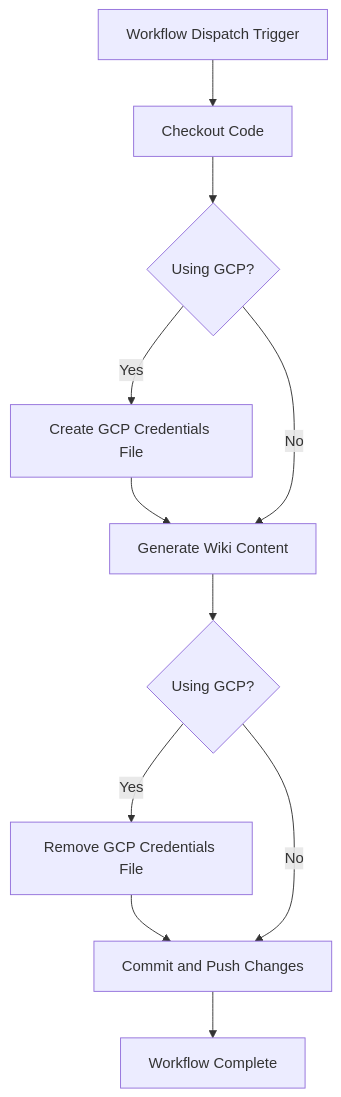
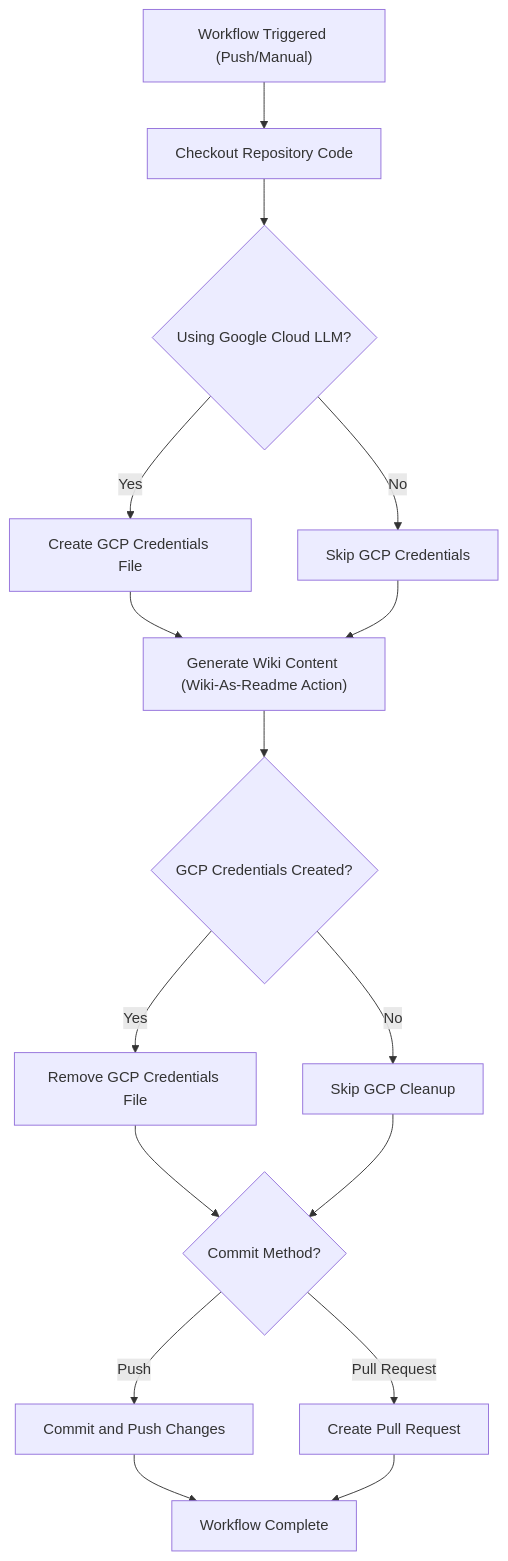
One commit to catuscio/wiki-as-readme changed the fifth of 19 diagrams in examples/wiki_as_README.md. Above: the diagram before and after it, drawn with Mermaid. The commit also changed other lines of this file, not shown here.

Commit message:
✨📚 Update examples/wiki_as_README.md via Wiki-As-Readme Action (en)

````diff
--- a/examples/wiki_as_README.md
+++ b/examples/wiki_as_README.md
@@ -671,13 +597,18 @@
 ```mermaid
 graph TD
-    A["Workflow Dispatch Trigger"] --> B["Checkout Code"];
-    B --> C{"Using GCP?"};
+    A["Workflow Triggered (Push/Manual)"] --> B["Checkout Repository Code"];
+    B --> C{"Using Google Cloud LLM?"};
     C -- "Yes" --> D["Create GCP Credentials File"];
-    D --> E["Generate Wiki Content"];
-    C -- "No" --> E;
-    E --> F{"Using GCP?"};
-    F -- "Yes" --> G["Remove GCP Credentials File"];
-    G --> H["Commit and Push Changes"];
-    F -- "No" --> H;
-    H --> I["Workflow Complete"];
+    C -- "No" --> E["Skip GCP Credentials"];
+    D --> F["Generate Wiki Content (Wiki-As-Readme Action)"];
+    E --> F;
+    F --> G{"GCP Credentials Created?"};
+    G -- "Yes" --> H["Remove GCP Credentials File"];
+    G -- "No" --> I["Skip GCP Cleanup"];
+    H --> J{"Commit Method?"};
+    I --> J;
+    J -- "Push" --> K["Commit and Push Changes"];
+    J -- "Pull Request" --> L["Create Pull Request"];
+    K --> M["Workflow Complete"];
+    L --> M;
 ```
````
